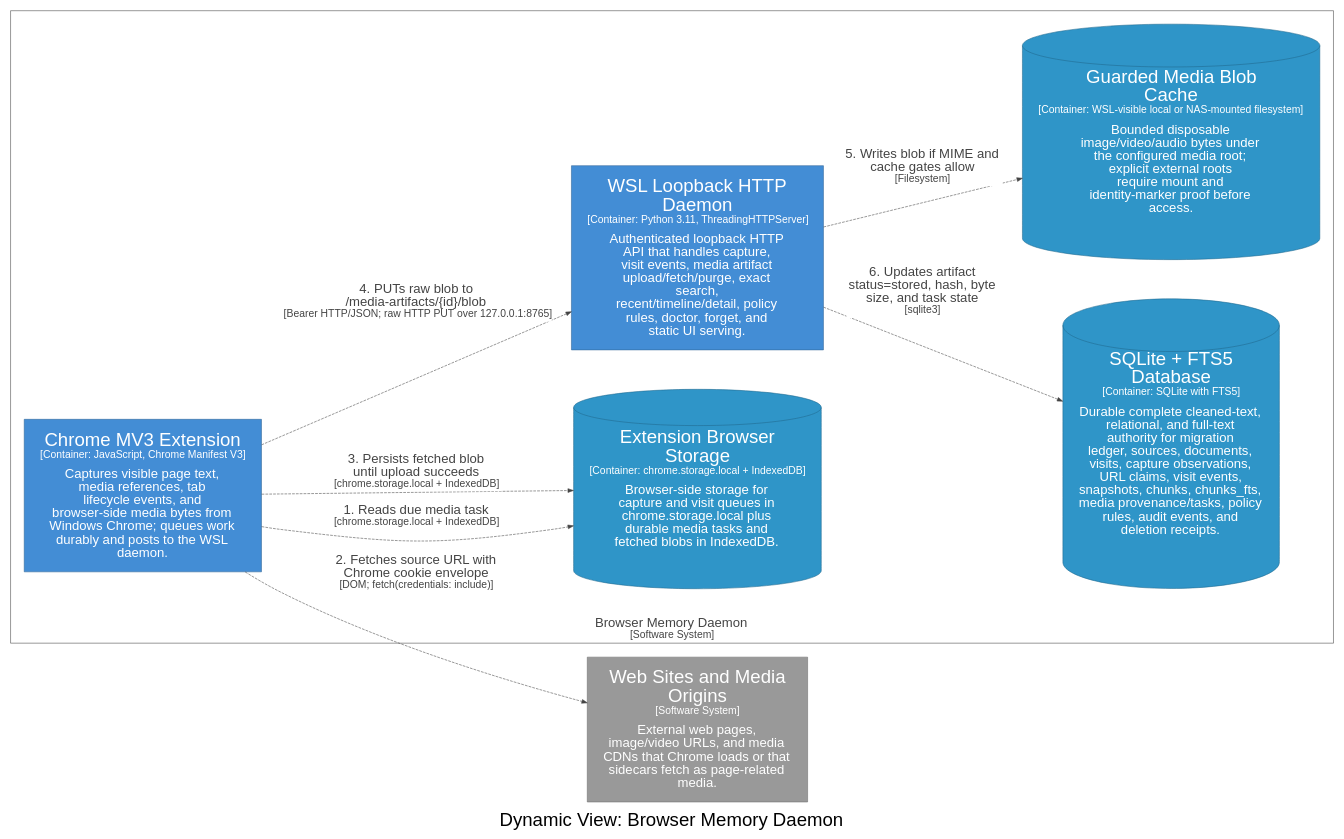
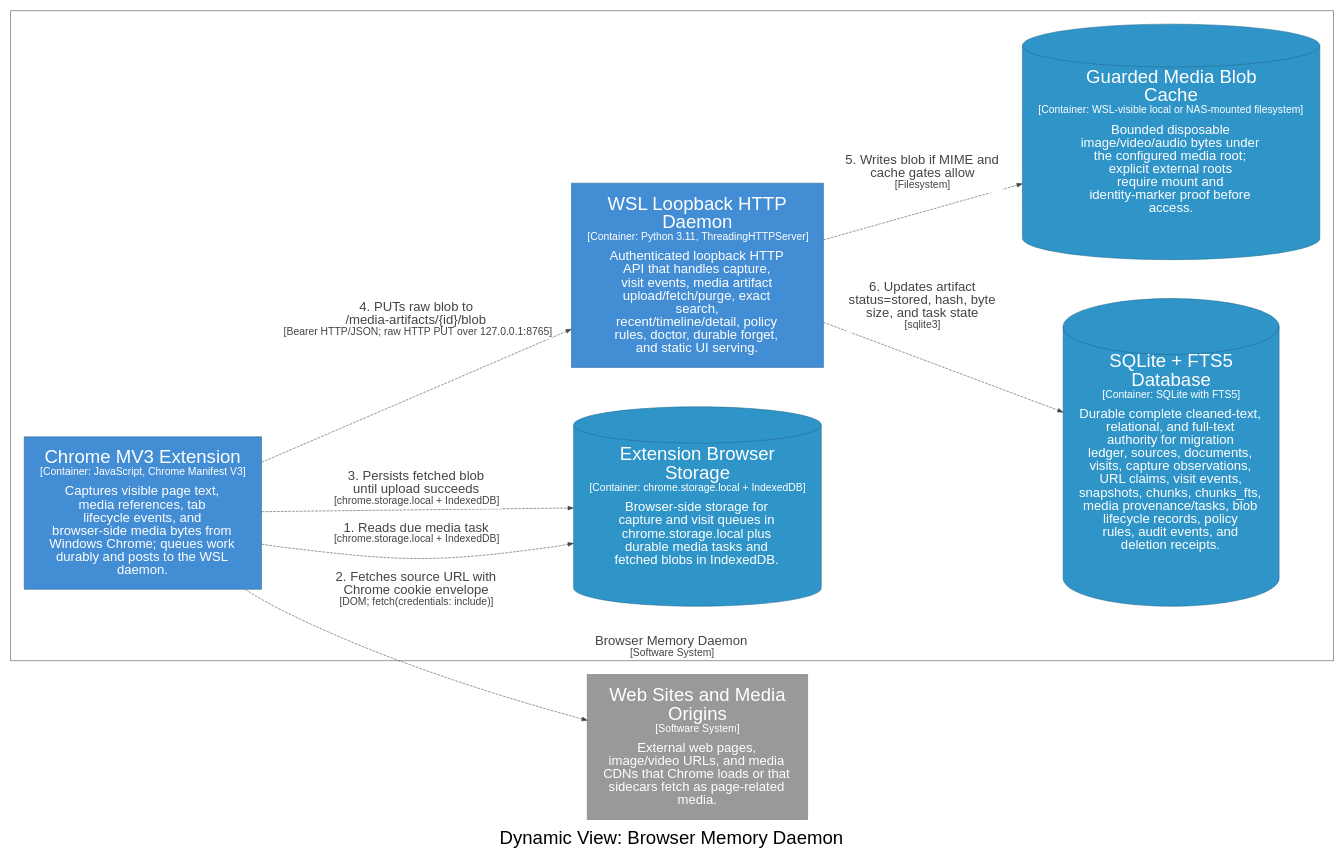
One commit to michaelnicks0/browser-memory-daemon changed the diagram in docs/architecture/diagrams/dot/structurizr-CredentialedMediaSidecarFlow.dot. Above: the diagram before and after it, drawn with Graphviz. The commit also changed 201 other files, not shown here.

Commit message:
feat(storage): add tombstoned deletion and recovery

```diff
--- a/docs/architecture/diagrams/dot/structurizr-CredentialedMediaSidecarFlow.dot
+++ b/docs/architecture/diagrams/dot/structurizr-CredentialedMediaSidecarFlow.dot
@@ -1,32 +1,32 @@
 digraph {
   compound=true
   graph [fontname="Arial", rankdir=LR, ranksep=1.0, nodesep=1.0]
   node [fontname="Arial", shape=box, margin="0.4,0.3"]
   edge [fontname="Arial"]
   label=<<br /><font point-size="34">Dynamic View: Browser Memory Daemon</font>>
 
   subgraph cluster_4 {
     margin=25
     label=<<font point-size="24"><br />Browser Memory Daemon</font><br /><font point-size="19">[Software System]</font>>
     labelloc=b
     color="#444444"
     fontcolor="#444444"
     fillcolor="#444444"
 
     13 [id=13,shape=cylinder, label=<<font point-size="34">Extension Browser<br />Storage</font><br /><font point-size="19">[Container: chrome.storage.local + IndexedDB]</font><br /><br /><font point-size="24">Browser-side storage for<br />capture and visit queues in<br />chrome.storage.local plus<br />durable media tasks and<br />fetched blobs in IndexedDB.</font>>, style=filled, color="#20688c", fillcolor="#2f95c8", fontcolor="#ffffff"]
-    14 [id=14,shape=rect, label=<<font point-size="34">WSL Loopback HTTP<br />Daemon</font><br /><font point-size="19">[Container: Python 3.11, ThreadingHTTPServer]</font><br /><br /><font point-size="24">Authenticated loopback HTTP<br />API that handles capture,<br />visit events, media artifact<br />upload/fetch/purge, exact<br />search,<br />recent/timeline/detail, policy<br />rules, doctor, forget, and<br />static UI serving.</font>>, style=filled, color="#2e6295", fillcolor="#438dd5", fontcolor="#ffffff"]
-    29 [id=29,shape=cylinder, label=<<font point-size="34">SQLite + FTS5<br />Database</font><br /><font point-size="19">[Container: SQLite with FTS5]</font><br /><br /><font point-size="24">Durable complete cleaned-text,<br />relational, and full-text<br />authority for migration<br />ledger, sources, documents,<br />visits, capture observations,<br />URL claims, visit events,<br />snapshots, chunks, chunks_fts,<br />media provenance/tasks, policy<br />rules, audit events, and<br />deletion receipts.</font>>, style=filled, color="#20688c", fillcolor="#2f95c8", fontcolor="#ffffff"]
-    31 [id=31,shape=cylinder, label=<<font point-size="34">Guarded Media Blob<br />Cache</font><br /><font point-size="19">[Container: WSL-visible local or NAS-mounted filesystem]</font><br /><br /><font point-size="24">Bounded disposable<br />image/video/audio bytes under<br />the configured media root;<br />explicit external roots<br />require mount and<br />identity-marker proof before<br />access.</font>>, style=filled, color="#20688c", fillcolor="#2f95c8", fontcolor="#ffffff"]
+    14 [id=14,shape=rect, label=<<font point-size="34">WSL Loopback HTTP<br />Daemon</font><br /><font point-size="19">[Container: Python 3.11, ThreadingHTTPServer]</font><br /><br /><font point-size="24">Authenticated loopback HTTP<br />API that handles capture,<br />visit events, media artifact<br />upload/fetch/purge, exact<br />search,<br />recent/timeline/detail, policy<br />rules, doctor, durable forget,<br />and static UI serving.</font>>, style=filled, color="#2e6295", fillcolor="#438dd5", fontcolor="#ffffff"]
+    30 [id=30,shape=cylinder, label=<<font point-size="34">SQLite + FTS5<br />Database</font><br /><font point-size="19">[Container: SQLite with FTS5]</font><br /><br /><font point-size="24">Durable complete cleaned-text,<br />relational, and full-text<br />authority for migration<br />ledger, sources, documents,<br />visits, capture observations,<br />URL claims, visit events,<br />snapshots, chunks, chunks_fts,<br />media provenance/tasks, blob<br />lifecycle records, policy<br />rules, audit events, and<br />deletion receipts.</font>>, style=filled, color="#20688c", fillcolor="#2f95c8", fontcolor="#ffffff"]
+    32 [id=32,shape=cylinder, label=<<font point-size="34">Guarded Media Blob<br />Cache</font><br /><font point-size="19">[Container: WSL-visible local or NAS-mounted filesystem]</font><br /><br /><font point-size="24">Bounded disposable<br />image/video/audio bytes under<br />the configured media root;<br />explicit external roots<br />require mount and<br />identity-marker proof before<br />access.</font>>, style=filled, color="#20688c", fillcolor="#2f95c8", fontcolor="#ffffff"]
     5 [id=5,shape=rect, label=<<font point-size="34">Chrome MV3 Extension</font><br /><font point-size="19">[Container: JavaScript, Chrome Manifest V3]</font><br /><br /><font point-size="24">Captures visible page text,<br />media references, tab<br />lifecycle events, and<br />browser-side media bytes from<br />Windows Chrome; queues work<br />durably and posts to the WSL<br />daemon.</font>>, style=filled, color="#2e6295", fillcolor="#438dd5", fontcolor="#ffffff"]
   }
 
   3 [id=3,shape=rect, label=<<font point-size="34">Web Sites and Media<br />Origins</font><br /><font point-size="19">[Software System]</font><br /><br /><font point-size="24">External web pages,<br />image/video URLs, and media<br />CDNs that Chrome loads or that<br />sidecars fetch as page-related<br />media.</font>>, style=filled, color="#6b6b6b", fillcolor="#999999", fontcolor="#ffffff"]
 
-  5 -> 13 [id=40, label=<<TABLE BORDER="0" CELLBORDER="0" CELLSPACING="0" CELLPADDING="4" BGCOLOR="white"><TR><TD><font point-size="24">1. Reads due media task</font><br /><font point-size="19">[chrome.storage.local + IndexedDB]</font></TD></TR></TABLE>>, style="dashed", color="#444444", fontcolor="#444444"]
-  5 -> 3 [id=39, label=<<TABLE BORDER="0" CELLBORDER="0" CELLSPACING="0" CELLPADDING="4" BGCOLOR="white"><TR><TD><font point-size="24">2. Fetches source URL with<br />Chrome cookie envelope</font><br /><font point-size="19">[DOM; fetch(credentials: include)]</font></TD></TR></TABLE>>, style="dashed", color="#444444", fontcolor="#444444"]
-  5 -> 13 [id=40, label=<<TABLE BORDER="0" CELLBORDER="0" CELLSPACING="0" CELLPADDING="4" BGCOLOR="white"><TR><TD><font point-size="24">3. Persists fetched blob<br />until upload succeeds</font><br /><font point-size="19">[chrome.storage.local + IndexedDB]</font></TD></TR></TABLE>>, style="dashed", color="#444444", fontcolor="#444444"]
-  5 -> 14 [id=41, label=<<TABLE BORDER="0" CELLBORDER="0" CELLSPACING="0" CELLPADDING="4" BGCOLOR="white"><TR><TD><font point-size="24">4. PUTs raw blob to<br />/media-artifacts/{id}/blob</font><br /><font point-size="19">[Bearer HTTP/JSON; raw HTTP PUT over 127.0.0.1:8765]</font></TD></TR></TABLE>>, style="dashed", color="#444444", fontcolor="#444444"]
-  14 -> 31 [id=49, label=<<TABLE BORDER="0" CELLBORDER="0" CELLSPACING="0" CELLPADDING="4" BGCOLOR="white"><TR><TD><font point-size="24">5. Writes blob if MIME and<br />cache gates allow</font><br /><font point-size="19">[Filesystem]</font></TD></TR></TABLE>>, style="dashed", color="#444444", fontcolor="#444444"]
-  14 -> 29 [id=47, label=<<TABLE BORDER="0" CELLBORDER="0" CELLSPACING="0" CELLPADDING="4" BGCOLOR="white"><TR><TD><font point-size="24">6. Updates artifact<br />status=stored, hash, byte<br />size, and task state</font><br /><font point-size="19">[sqlite3]</font></TD></TR></TABLE>>, style="dashed", color="#444444", fontcolor="#444444"]
+  5 -> 13 [id=41, label=<<TABLE BORDER="0" CELLBORDER="0" CELLSPACING="0" CELLPADDING="4" BGCOLOR="white"><TR><TD><font point-size="24">1. Reads due media task</font><br /><font point-size="19">[chrome.storage.local + IndexedDB]</font></TD></TR></TABLE>>, style="dashed", color="#444444", fontcolor="#444444"]
+  5 -> 3 [id=40, label=<<TABLE BORDER="0" CELLBORDER="0" CELLSPACING="0" CELLPADDING="4" BGCOLOR="white"><TR><TD><font point-size="24">2. Fetches source URL with<br />Chrome cookie envelope</font><br /><font point-size="19">[DOM; fetch(credentials: include)]</font></TD></TR></TABLE>>, style="dashed", color="#444444", fontcolor="#444444"]
+  5 -> 13 [id=41, label=<<TABLE BORDER="0" CELLBORDER="0" CELLSPACING="0" CELLPADDING="4" BGCOLOR="white"><TR><TD><font point-size="24">3. Persists fetched blob<br />until upload succeeds</font><br /><font point-size="19">[chrome.storage.local + IndexedDB]</font></TD></TR></TABLE>>, style="dashed", color="#444444", fontcolor="#444444"]
+  5 -> 14 [id=42, label=<<TABLE BORDER="0" CELLBORDER="0" CELLSPACING="0" CELLPADDING="4" BGCOLOR="white"><TR><TD><font point-size="24">4. PUTs raw blob to<br />/media-artifacts/{id}/blob</font><br /><font point-size="19">[Bearer HTTP/JSON; raw HTTP PUT over 127.0.0.1:8765]</font></TD></TR></TABLE>>, style="dashed", color="#444444", fontcolor="#444444"]
+  14 -> 32 [id=51, label=<<TABLE BORDER="0" CELLBORDER="0" CELLSPACING="0" CELLPADDING="4" BGCOLOR="white"><TR><TD><font point-size="24">5. Writes blob if MIME and<br />cache gates allow</font><br /><font point-size="19">[Filesystem]</font></TD></TR></TABLE>>, style="dashed", color="#444444", fontcolor="#444444"]
+  14 -> 30 [id=49, label=<<TABLE BORDER="0" CELLBORDER="0" CELLSPACING="0" CELLPADDING="4" BGCOLOR="white"><TR><TD><font point-size="24">6. Updates artifact<br />status=stored, hash, byte<br />size, and task state</font><br /><font point-size="19">[sqlite3]</font></TD></TR></TABLE>>, style="dashed", color="#444444", fontcolor="#444444"]
 
 }
```
